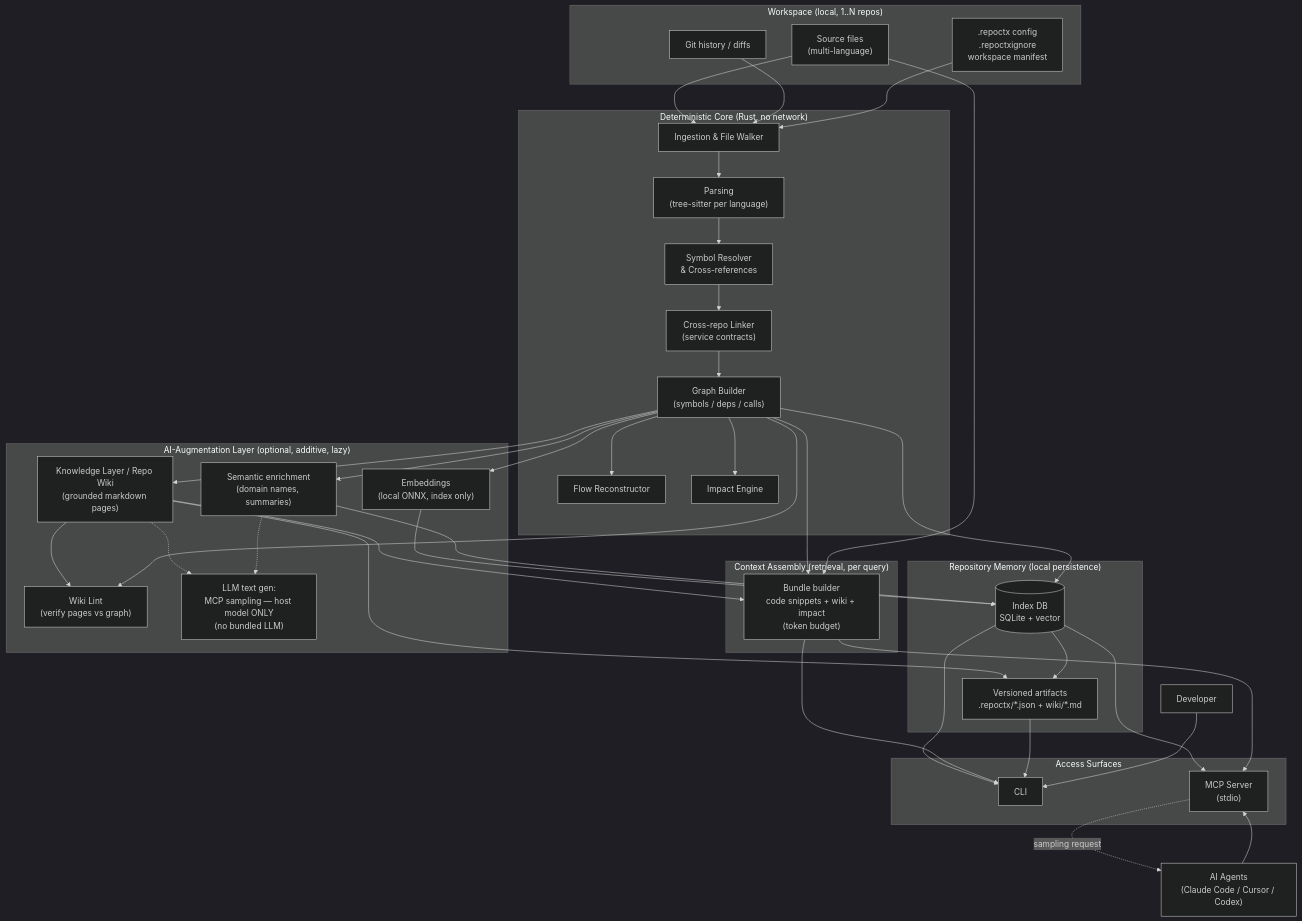
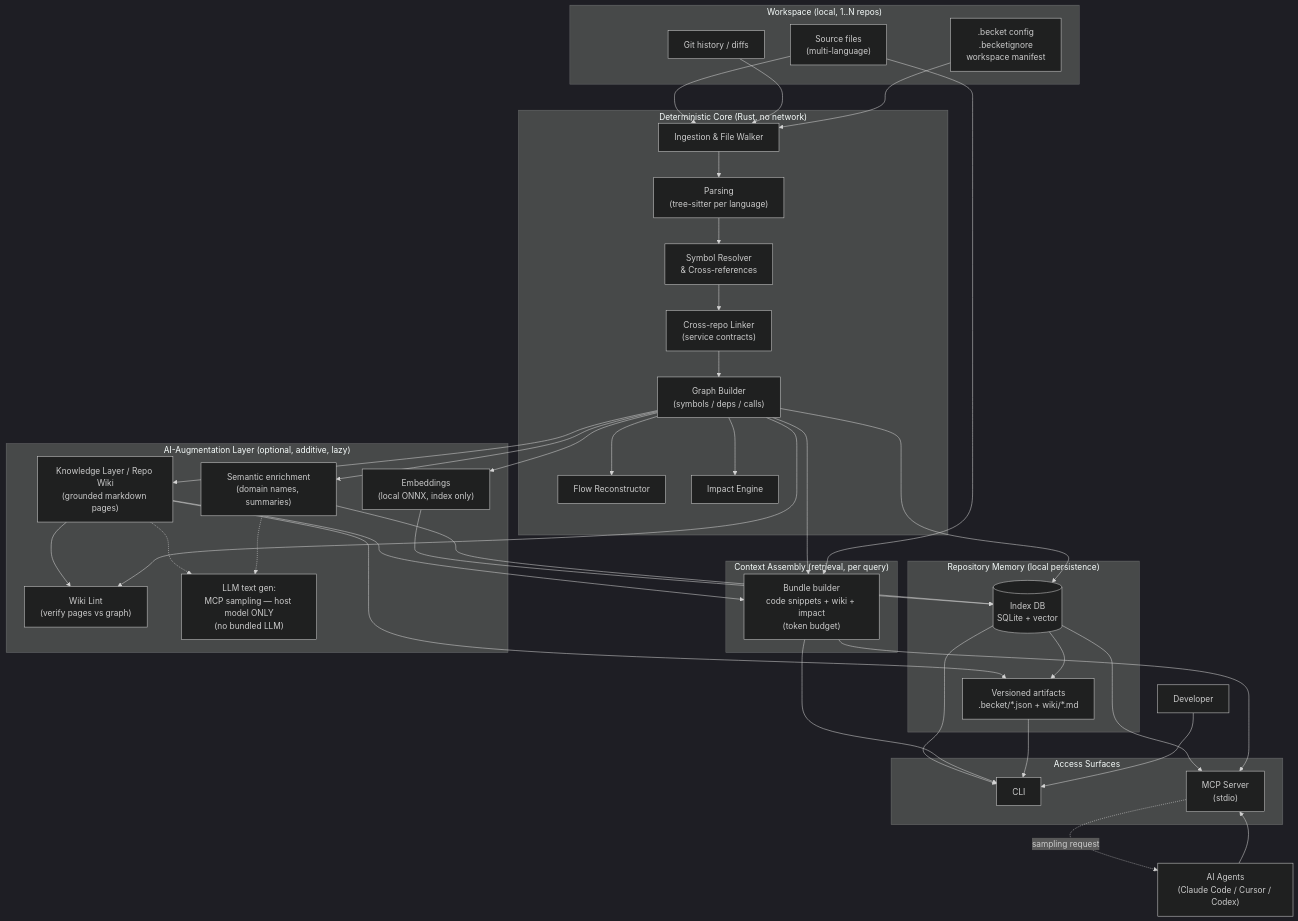
One commit to GabrieleRuggieri/becket changed the first of 6 diagrams in ARCHITECTURE.md. Above: the diagram before and after it, drawn with Mermaid (dark theme). The commit also changed other lines of this file and 152 other files, not shown here.

````diff
--- a/ARCHITECTURE.md
+++ b/ARCHITECTURE.md
@@ -57,71 +57,71 @@
 ```mermaid
 flowchart TB
     subgraph Sources["Workspace (local, 1..N repos)"]
         SRC["Source files\n(multi-language)"]
         GIT["Git history / diffs"]
-        CFG[".repoctx config\n.repoctxignore\nworkspace manifest"]
+        CFG[".becket config\n.becketignore\nworkspace manifest"]
     end
 
     subgraph Core["Deterministic Core (Rust, no network)"]
         ING["Ingestion & File Walker"]
         PARSE["Parsing\n(tree-sitter per language)"]
         RES["Symbol Resolver\n& Cross-references"]
         XREPO["Cross-repo Linker\n(service contracts)"]
         GRAPH["Graph Builder\n(symbols / deps / calls)"]
         FLOW["Flow Reconstructor"]
         IMPACT["Impact Engine"]
     end
 
     subgraph AI["AI-Augmentation Layer (optional, additive, lazy)"]
         EMB["Embeddings\n(local ONNX, index only)"]
         SUM["Semantic enrichment\n(domain names, summaries)"]
         WIKI["Knowledge Layer / Repo Wiki\n(grounded markdown pages)"]
         LINT["Wiki Lint\n(verify pages vs graph)"]
         SAMP["LLM text gen:\nMCP sampling — host model ONLY\n(no bundled LLM)"]
     end
 
     subgraph Assemble["Context Assembly (retrieval, per query)"]
         BUNDLE["Bundle builder\ncode snippets + wiki + impact\n(token budget)"]
     end
 
     subgraph Store["Repository Memory (local persistence)"]
         IDX[("Index DB\nSQLite + vector")]
-        ART["Versioned artifacts\n.repoctx/*.json + wiki/*.md"]
+        ART["Versioned artifacts\n.becket/*.json + wiki/*.md"]
     end
 
     subgraph Surfaces["Access Surfaces"]
         CLI["CLI"]
         MCP["MCP Server\n(stdio)"]
     end
 
     SRC --> ING
     GIT --> ING
     CFG --> ING
     ING --> PARSE --> RES --> XREPO --> GRAPH
     GRAPH --> FLOW
     GRAPH --> IMPACT
     GRAPH --> EMB
     GRAPH --> SUM
     GRAPH --> WIKI
     WIKI -.-> SAMP
     SUM -.-> SAMP
     WIKI --> LINT
     GRAPH --> LINT
     GRAPH --> BUNDLE
     WIKI --> BUNDLE
     SRC --> BUNDLE
     EMB --> IDX
     SUM --> IDX
     WIKI --> ART
     GRAPH --> IDX
     IDX --> ART
     IDX --> CLI
     IDX --> MCP
     BUNDLE --> CLI
     BUNDLE --> MCP
     ART --> CLI
 
     AGENTS["AI Agents\n(Claude Code / Cursor / Codex)"] --> MCP
     MCP -. "sampling request" .-> AGENTS
     DEV["Developer"] --> CLI
 ```
````
